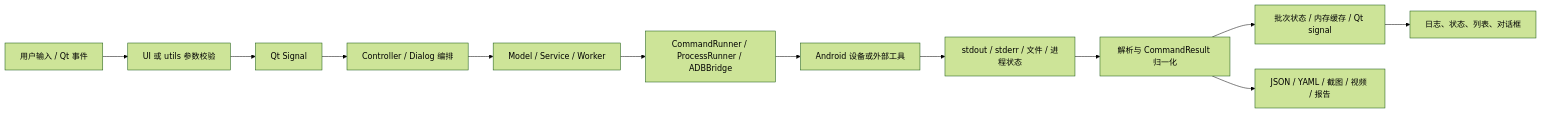
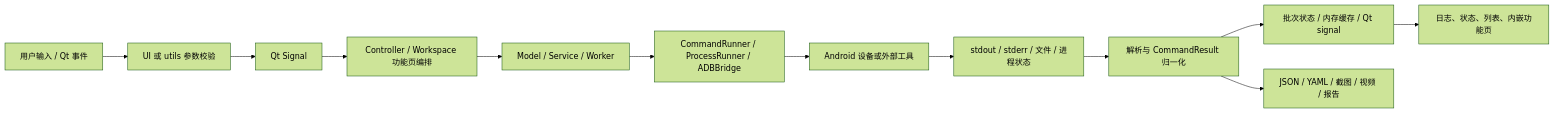
Before and after one commit to BlackHu-art/ADBLab: the first of 6 diagrams in docs/project-knowledge/DATA_FLOW.md, drawn with Mermaid (forest theme). The commit also changed other lines of this file and 104 other files, not shown here.

````diff
--- a/docs/project-knowledge/DATA_FLOW.md
+++ b/docs/project-knowledge/DATA_FLOW.md
@@ -32,14 +34,14 @@
 ```mermaid
 flowchart LR
     Input["用户输入 / Qt 事件"] --> Validate["UI 或 utils 参数校验"]
     Validate --> Signal["Qt Signal"]
-    Signal --> Controller["Controller / Dialog 编排"]
-    Controller --> Model["Model / Service / Worker"]
+    Signal --> Orchestrator["Controller / Workspace 功能页编排"]
+    Orchestrator --> Model["Model / Service / Worker"]
     Model --> Exec["CommandRunner / ProcessRunner / ADBBridge"]
     Exec --> Device["Android 设备或外部工具"]
     Device --> Raw["stdout / stderr / 文件 / 进程状态"]
     Raw --> Parse["解析与 CommandResult 归一化"]
     Parse --> State["批次状态 / 内存缓存 / Qt signal"]
-    State --> UI["日志、状态、列表、对话框"]
+    State --> UI["日志、状态、列表、内嵌功能页"]
     Parse --> Files["JSON / YAML / 截图 / 视频 / 报告"]
 ```
````
